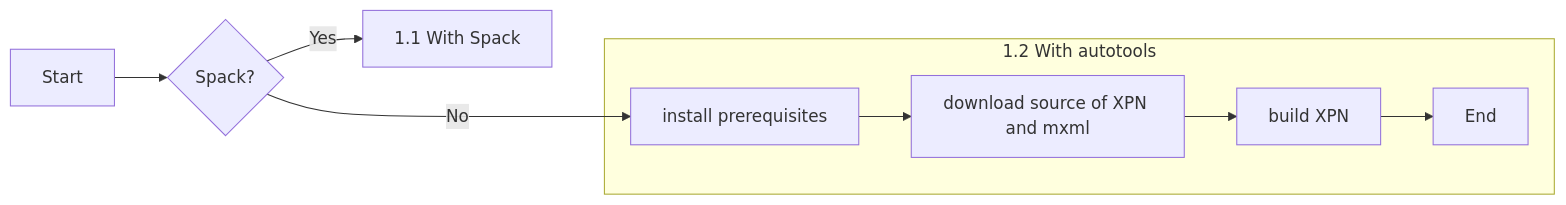
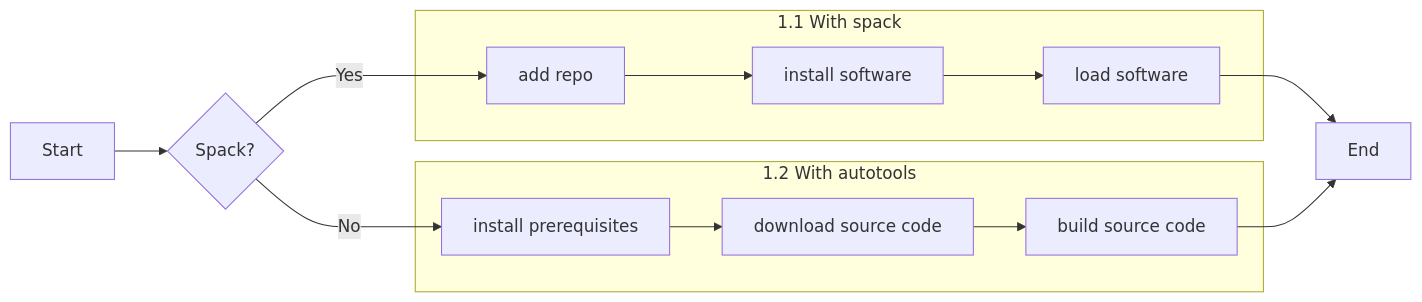
The first of 2 diagrams in README.md (xpn-arcos/xpn), drawn with Mermaid before and after one commit. The commit also changed other lines of this file, not shown here.

````diff
--- a/README.md
+++ b/README.md
@@ -19,11 +19,16 @@
   ```mermaid
   flowchart LR
     A[Start] --> B{Spack?}
-    B -- Yes --> C[1.1 With Spack]
-    B -- No ---> D[install prerequisites]
-    subgraph ide1 [1.2 With autotools]
-    D --> E[download source of XPN and mxml]
-    E --> F[build XPN]
-    F --> G[End]
+    B -- Yes --> C[add repo]
+    subgraph ide1 [1.1 With spack]
+    C --> D[install software]
+    D --> E[load software]
     end
+    E --> I[End]
+    B -- No ---> F[install prerequisites]
+    subgraph ide2 [1.2 With autotools]
+    F --> G[download source code]
+    G --> H[build source code]
+    end
+    H --> I[End]
   ```
````
